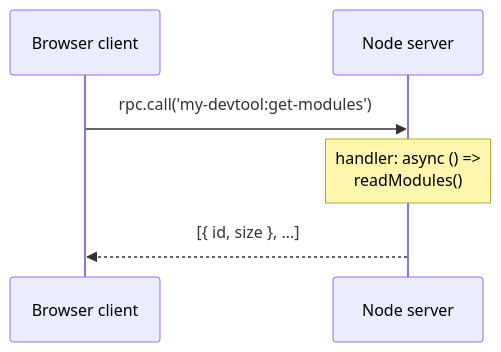
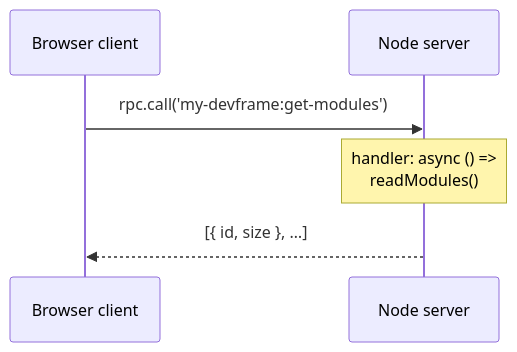
Before and after one commit to vitejs/devtools: the diagram in devframe/docs/guide/rpc.md, drawn with Mermaid. The commit also changed other lines of this file and 74 other files, not shown here.

First line of the commit message:
refactor(devframe): rename Devtool* identifiers to Devframe* (#328)

````diff
--- a/devframe/docs/guide/rpc.md
+++ b/devframe/docs/guide/rpc.md
@@ -11,9 +11,9 @@
 ```mermaid
 sequenceDiagram
   participant Client as Browser client
   participant Server as Node server
 
-  Client->>Server: rpc.call('my-devtool:get-modules')
+  Client->>Server: rpc.call('my-devframe:get-modules')
   Note over Server: handler: async () =><br/>readModules()
   Server-->>Client: [{ id, size }, …]
 ```
````
